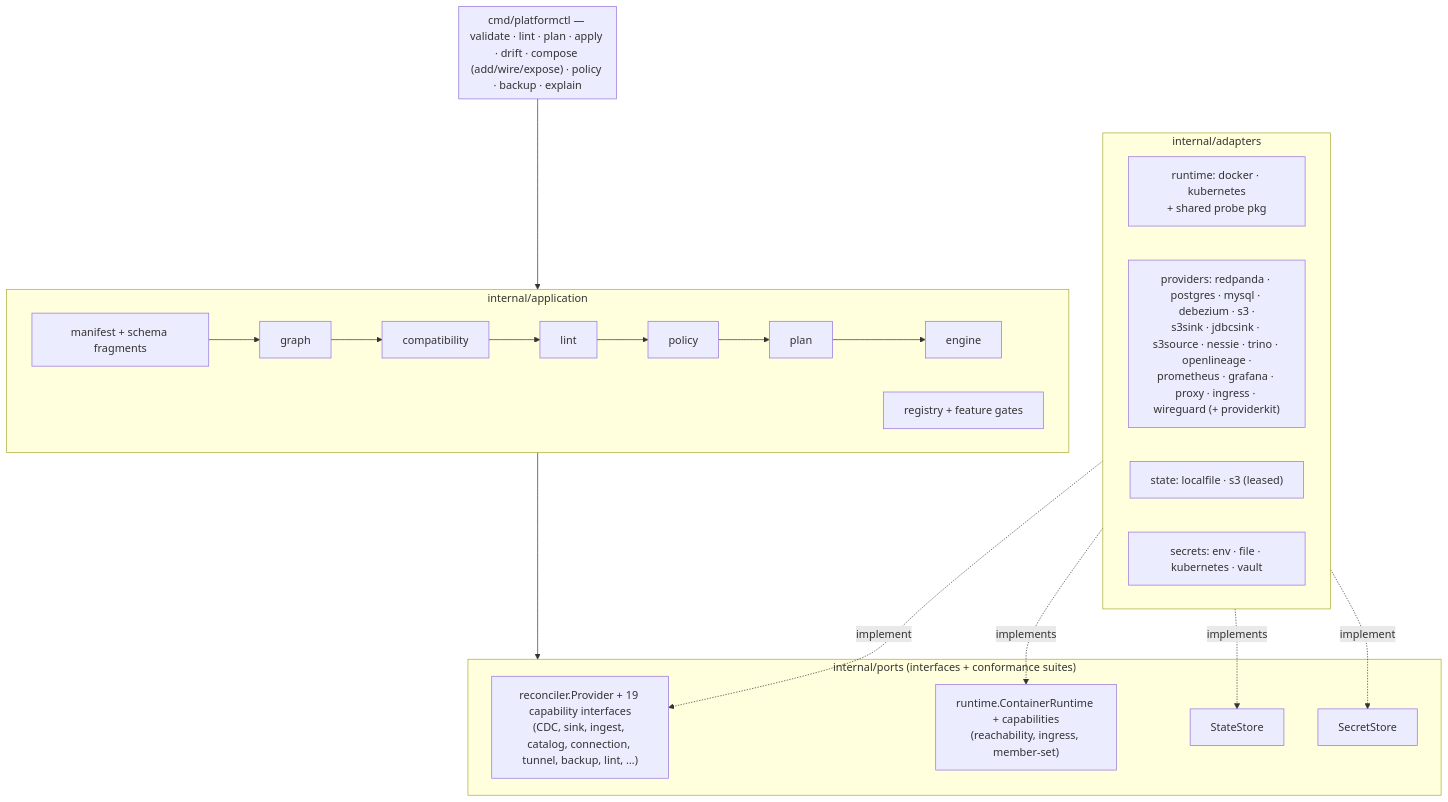
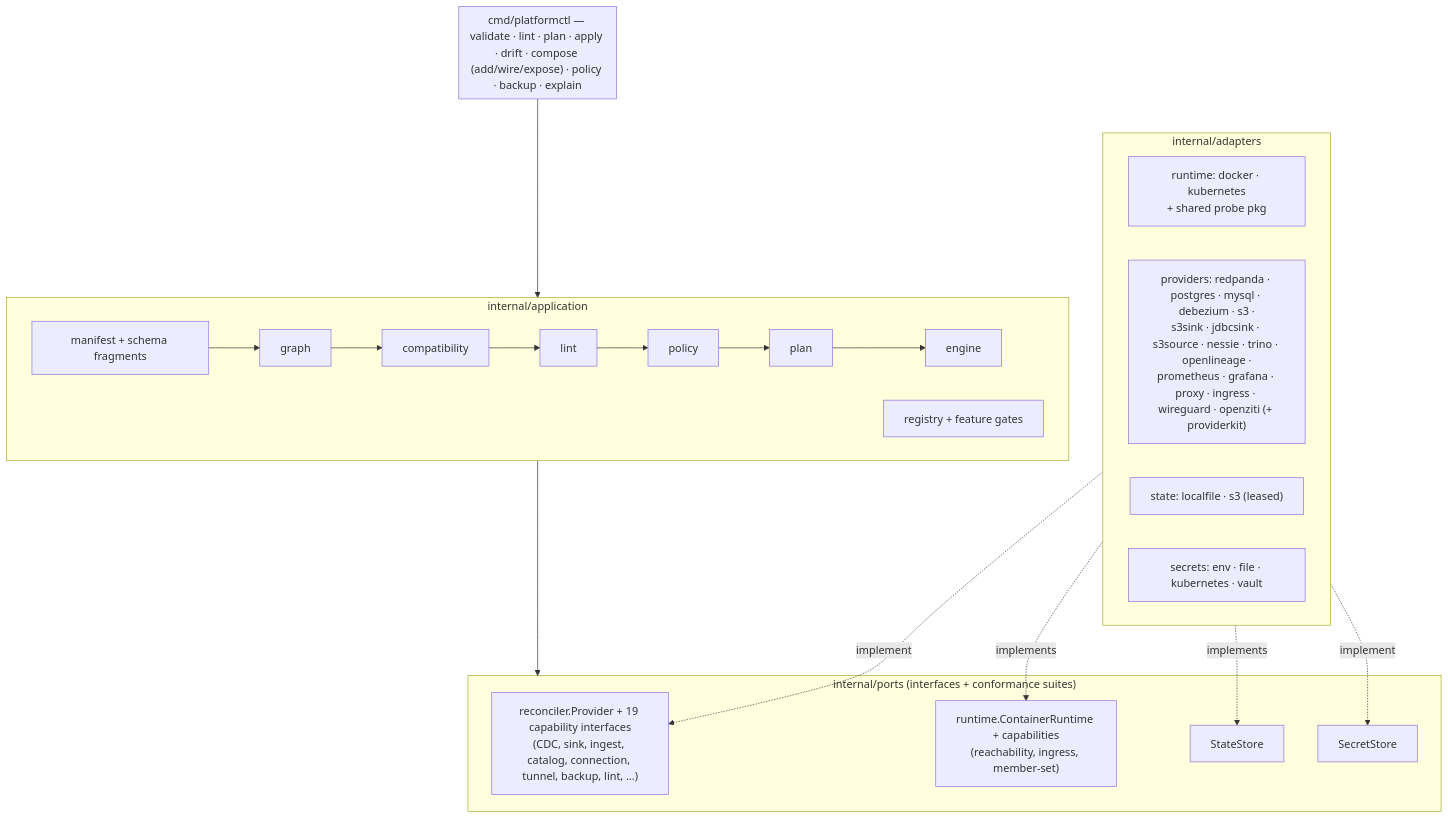
The diagram in README.md (rezarajan/platformctl), drawn with Mermaid before and after one commit. The commit also changed other lines of this file and 12 other files, not shown here.

````diff
--- a/README.md
+++ b/README.md
@@ -111,28 +111,28 @@
 ```mermaid
 flowchart TB
     subgraph CLI["cmd/platformctl — validate · lint · plan · apply · drift · compose (add/wire/expose) · policy · backup · explain"]
         direction LR
     end
     subgraph APP["internal/application"]
         M[manifest + schema fragments] --> G[graph] --> C[compatibility] --> L[lint] --> PO[policy] --> PL[plan] --> E[engine]
         R[registry + feature gates]
     end
     subgraph PORTS["internal/ports (interfaces + conformance suites)"]
         RC["reconciler.Provider + 19 capability interfaces<br/>(CDC, sink, ingest, catalog, connection, tunnel, backup, lint, …)"]
         RT["runtime.ContainerRuntime + capabilities<br/>(reachability, ingress, member-set)"]
         ST[StateStore]
         SS[SecretStore]
     end
     subgraph ADP["internal/adapters"]
         direction LR
         RUN["runtime: docker · kubernetes<br/>+ shared probe pkg"]
-        PROV["providers: redpanda · postgres · mysql · debezium · s3 ·<br/>s3sink · jdbcsink · s3source · nessie · trino · openlineage ·<br/>prometheus · grafana · proxy · ingress · wireguard (+ providerkit)"]
+        PROV["providers: redpanda · postgres · mysql · debezium · s3 ·<br/>s3sink · jdbcsink · s3source · nessie · trino · openlineage ·<br/>prometheus · grafana · proxy · ingress · wireguard · openziti (+ providerkit)"]
         STA["state: localfile · s3 (leased)"]
         SEC["secrets: env · file · kubernetes · vault"]
     end
     CLI --> APP --> PORTS
     RUN -.implements.-> RT
     PROV -.implement.-> RC
     STA -.implements.-> ST
     SEC -.implement.-> SS
 ```
````
